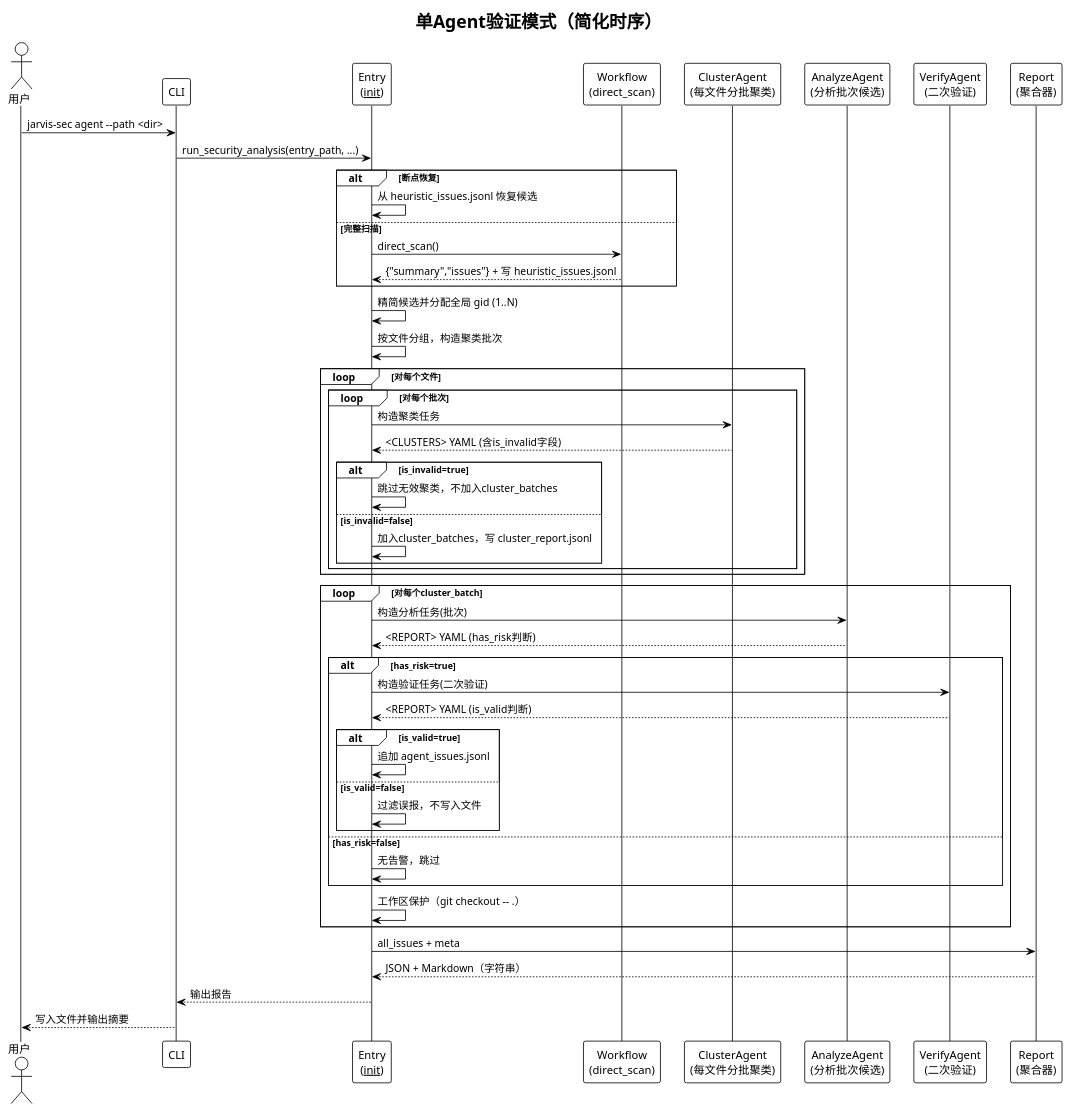
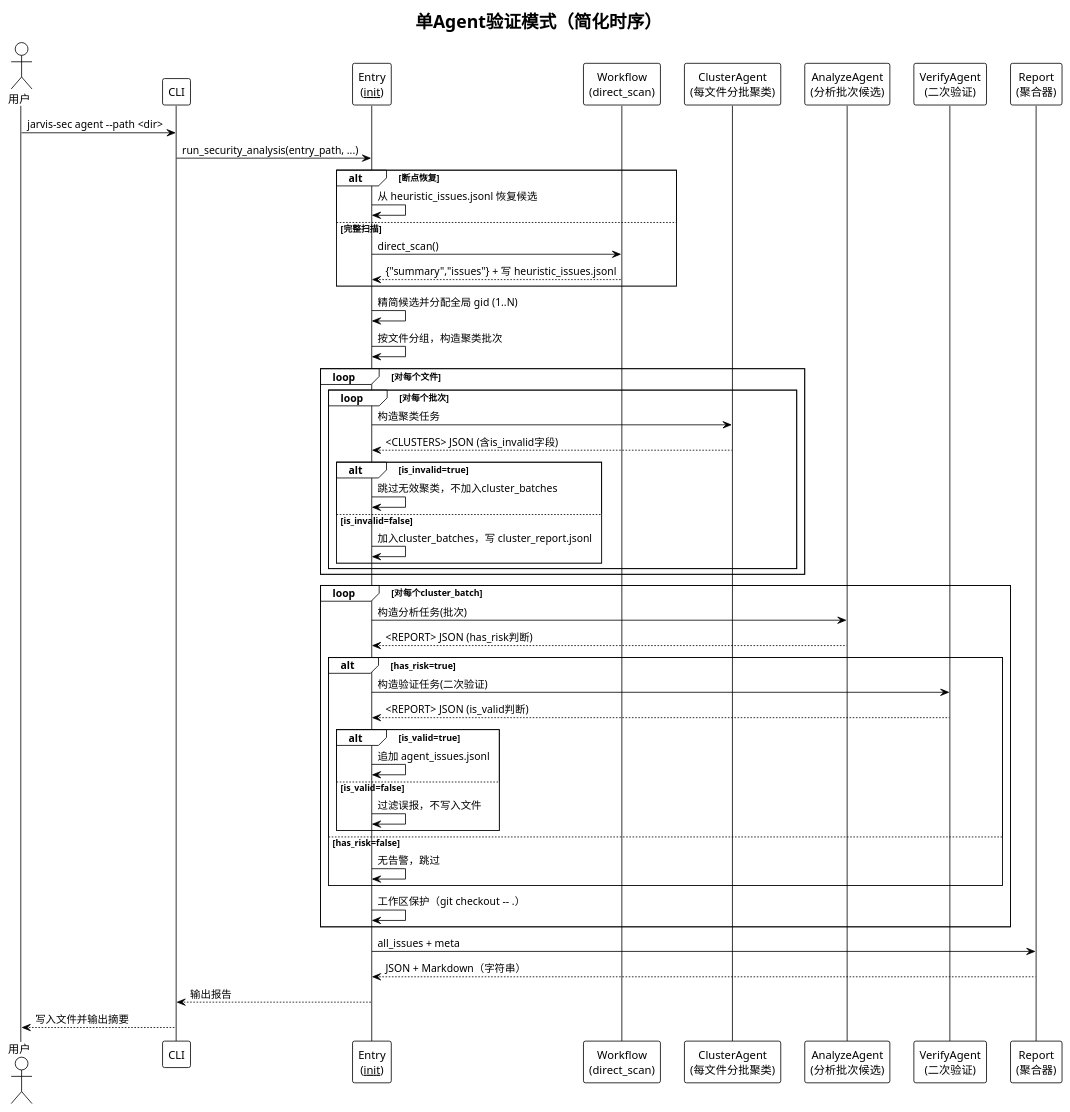
One commit to skyfireitdiy/Jarvis changed diagram 34 of 60 in 技术报告.md. Above: the diagram before and after it, drawn with PlantUML. The commit also changed other lines of this file, not shown here.

````diff
--- a/技术报告.md
+++ b/技术报告.md
@@ -3128,65 +3136,65 @@
 ```plantuml
 @startuml
 !theme plain
 title 单Agent验证模式（简化时序）
 
 actor 用户 as User
 participant "CLI" as CLI
 participant "Entry\n(__init__)" as Entry
 participant "Workflow\n(direct_scan)" as Scan
 participant "ClusterAgent\n(每文件分批聚类)" as Cluster
 participant "AnalyzeAgent\n(分析批次候选)" as Analyze
 participant "VerifyAgent\n(二次验证)" as Verify
 participant "Report\n(聚合器)" as Report
 
 User -> CLI : jarvis-sec agent --path <dir>
 CLI -> Entry : run_security_analysis(entry_path, ...)
 
 alt 断点恢复
   Entry -> Entry : 从 heuristic_issues.jsonl 恢复候选
 else 完整扫描
   Entry -> Scan : direct_scan()
   Scan --> Entry : {"summary","issues"} + 写 heuristic_issues.jsonl
 end
 
 Entry -> Entry : 精简候选并分配全局 gid (1..N)
 
 Entry -> Entry : 按文件分组，构造聚类批次
 
 ' 阶段2: 聚类（先完成所有聚类）
 loop 对每个文件
   loop 对每个批次
     Entry -> Cluster : 构造聚类任务
-    Cluster --> Entry : <CLUSTERS> YAML (含is_invalid字段)
+    Cluster --> Entry : <CLUSTERS> JSON (含is_invalid字段)
     alt is_invalid=true
       Entry -> Entry : 跳过无效聚类，不加入cluster_batches
     else is_invalid=false
       Entry -> Entry : 加入cluster_batches，写 cluster_report.jsonl
     end
   end
 end
 
 ' 阶段3: 分析（遍历所有聚类批次）
 loop 对每个cluster_batch
   Entry -> Analyze : 构造分析任务(批次)
-  Analyze --> Entry : <REPORT> YAML (has_risk判断)
+  Analyze --> Entry : <REPORT> JSON (has_risk判断)
   alt has_risk=true
     Entry -> Verify : 构造验证任务(二次验证)
-    Verify --> Entry : <REPORT> YAML (is_valid判断)
+    Verify --> Entry : <REPORT> JSON (is_valid判断)
     alt is_valid=true
       Entry -> Entry : 追加 agent_issues.jsonl
     else is_valid=false
       Entry -> Entry : 过滤误报，不写入文件
     end
   else has_risk=false
     Entry -> Entry : 无告警，跳过
   end
   Entry -> Entry : 工作区保护（git checkout -- .）
 end
 
 Entry -> Report : all_issues + meta
 Report --> Entry : JSON + Markdown（字符串）
 Entry --> CLI : 输出报告
 CLI --> User : 写入文件并输出摘要
 @enduml
 ```
````
